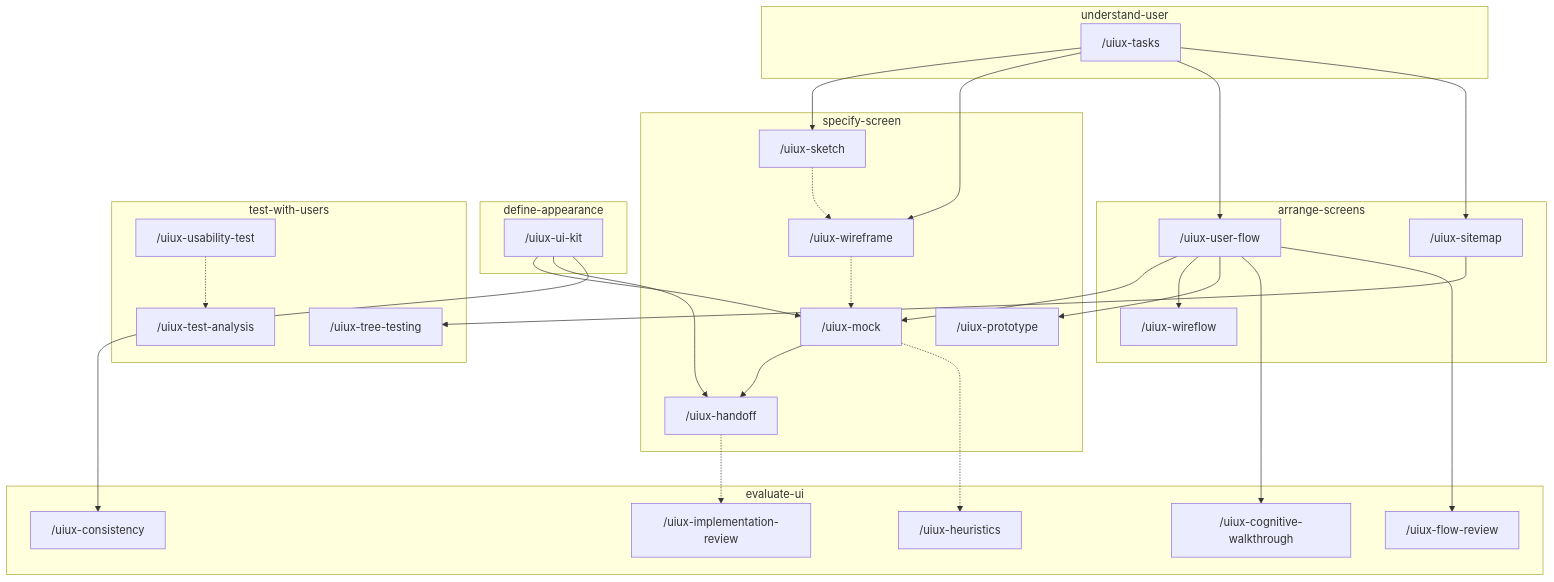
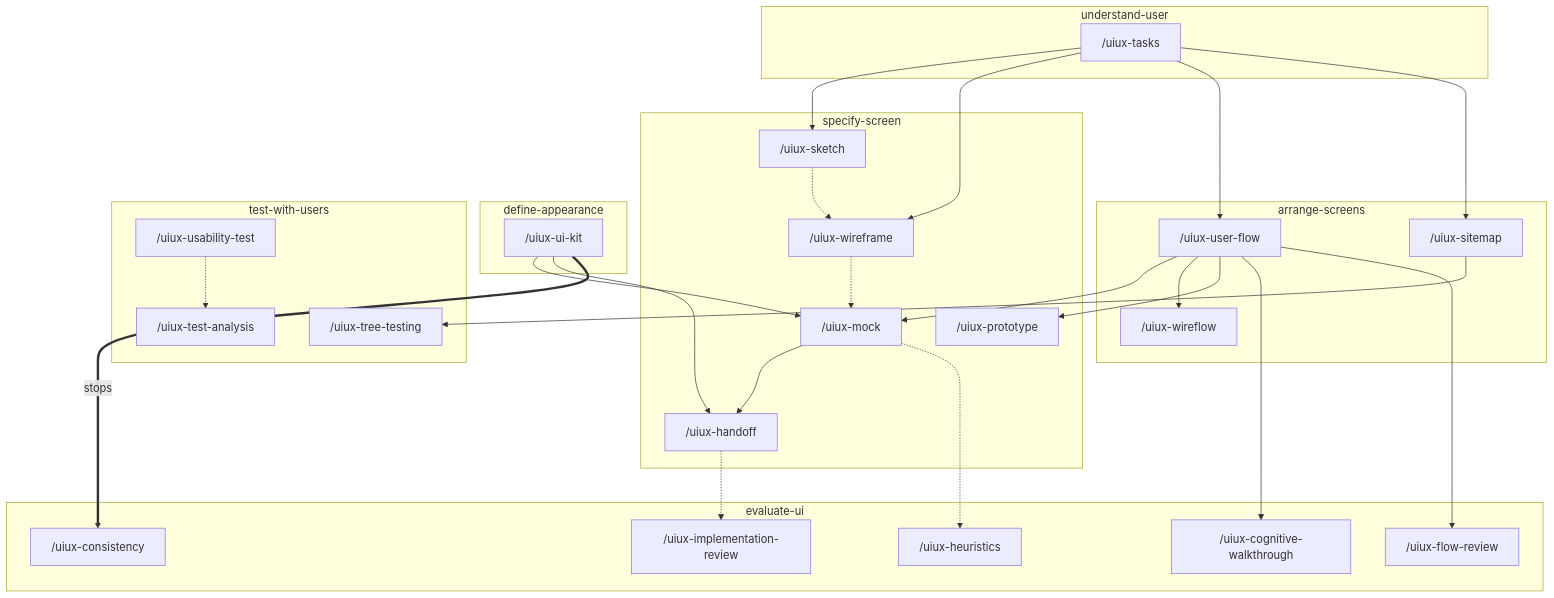
One commit to ADRenaline-Suite/plugin-ui-ux-design changed the diagram in README.md. Above: the diagram before and after it, drawn with Mermaid. The commit also changed other lines of this file and 73 other files, not shown here.

````diff
--- a/README.md
+++ b/README.md
@@ -89,53 +227,53 @@
 ```mermaid
 flowchart TD
   subgraph uu ["understand-user"]
     tasks["/uiux-tasks"]
   end
   subgraph ss ["specify-screen"]
     sketch["/uiux-sketch"]
     wire["/uiux-wireframe"]
     mock["/uiux-mock"]
     proto["/uiux-prototype"]
     hand["/uiux-handoff"]
   end
   subgraph as ["arrange-screens"]
     flow["/uiux-user-flow"]
     wireflow["/uiux-wireflow"]
     sitemap["/uiux-sitemap"]
   end
   subgraph da ["define-appearance"]
     kit["/uiux-ui-kit"]
   end
   subgraph ev ["evaluate-ui"]
     cons["/uiux-consistency"]
     heur["/uiux-heuristics"]
     cog["/uiux-cognitive-walkthrough"]
     revflow["/uiux-flow-review"]
     revimpl["/uiux-implementation-review"]
   end
   subgraph tu ["test-with-users"]
     tree["/uiux-tree-testing"]
     test["/uiux-usability-test"]
     analysis["/uiux-test-analysis"]
   end
 
   tasks --> sketch
   tasks --> wire
   tasks --> flow
   tasks --> sitemap
   sketch -.-> wire
   wire -.-> mock
   flow --> mock
   kit --> mock
   flow --> wireflow
   flow --> proto
   mock --> hand
   kit --> hand
-  kit --> cons
+  kit ==>|stops| cons
   mock -.-> heur
   flow --> cog
   flow --> revflow
   hand -.-> revimpl
   sitemap --> tree
   test -.-> analysis
 ```
````
